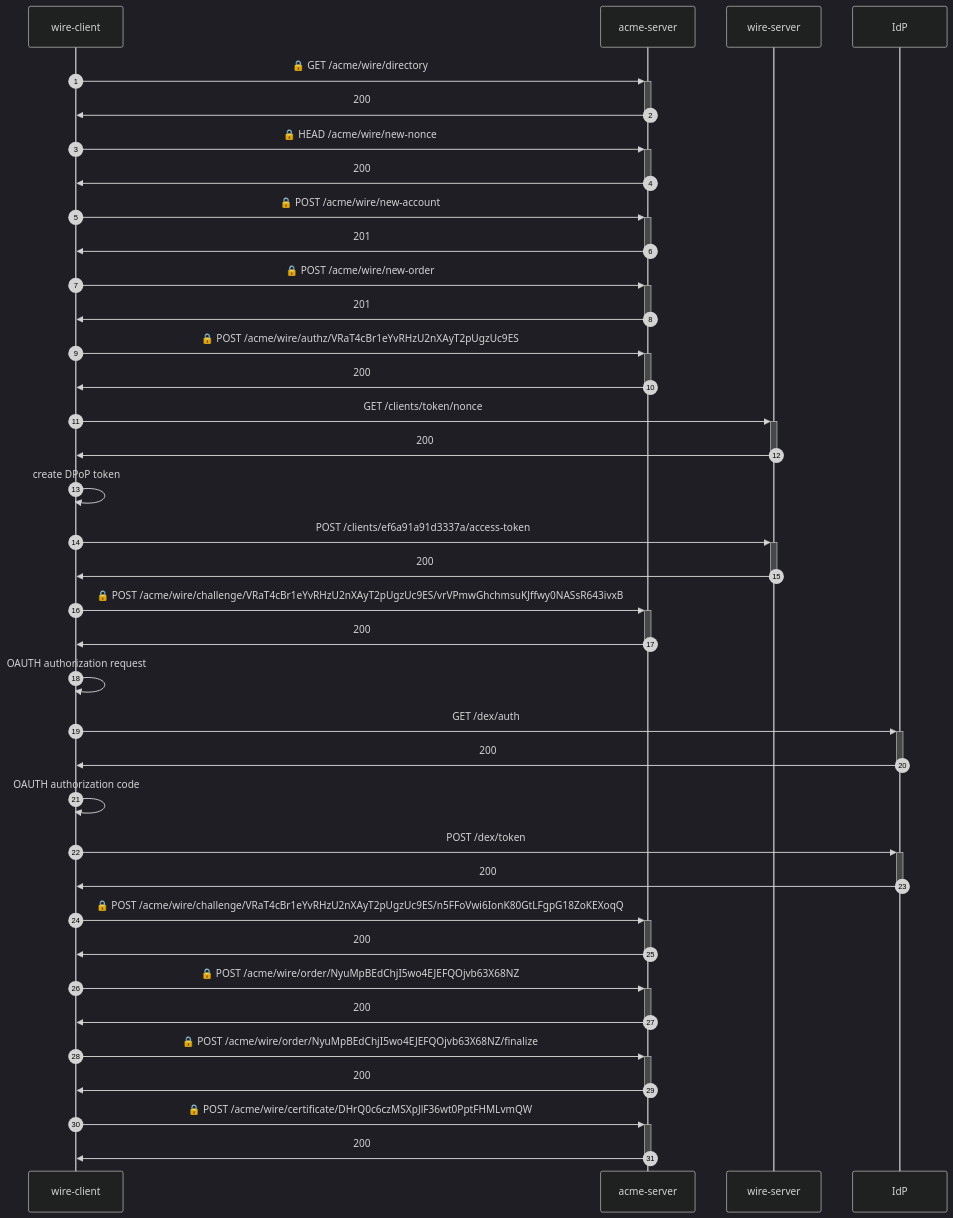
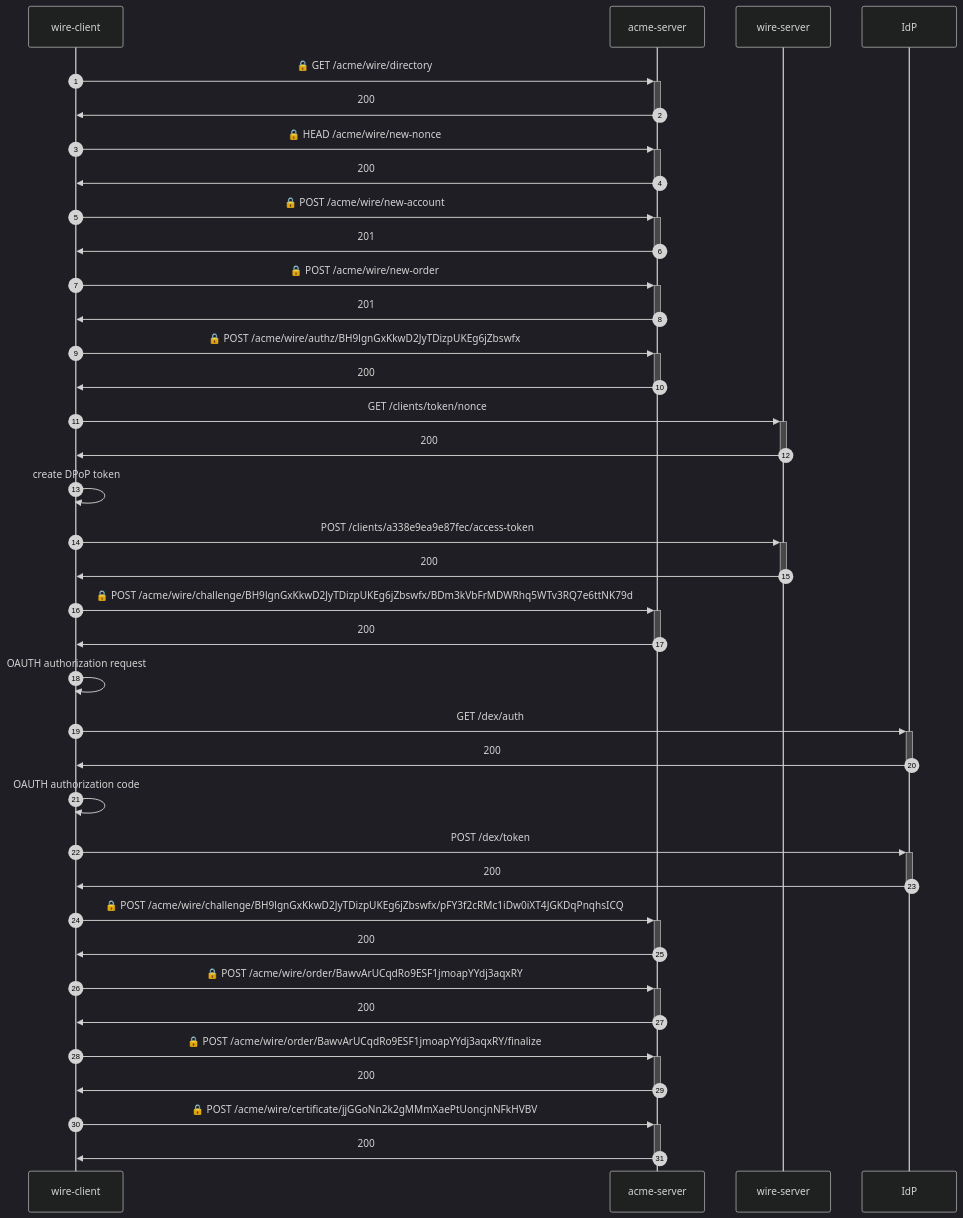
Before and after one commit to wireapp/rusty-jwt-tools: the diagram in e2e-identity/README.md, drawn with Mermaid (dark theme). The commit also changed other lines of this file and 5 other files, not shown here.

````diff
--- a/e2e-identity/README.md
+++ b/e2e-identity/README.md
@@ -3,35 +3,35 @@
 ```mermaid
 sequenceDiagram
     autonumber
     wire-client->>+acme-server: 🔒 GET /acme/wire/directory
     acme-server->>-wire-client: 200
     wire-client->>+acme-server: 🔒 HEAD /acme/wire/new-nonce
     acme-server->>-wire-client: 200
     wire-client->>+acme-server: 🔒 POST /acme/wire/new-account
     acme-server->>-wire-client: 201
     wire-client->>+acme-server: 🔒 POST /acme/wire/new-order
     acme-server->>-wire-client: 201
-    wire-client->>+acme-server: 🔒 POST /acme/wire/authz/VRaT4cBr1eYvRHzU2nXAyT2pUgzUc9ES
+    wire-client->>+acme-server: 🔒 POST /acme/wire/authz/BH9lgnGxKkwD2JyTDizpUKEg6jZbswfx
     acme-server->>-wire-client: 200
     wire-client->>+wire-server:  GET /clients/token/nonce
     wire-server->>-wire-client: 200
     wire-client->>wire-client: create DPoP token
-    wire-client->>+wire-server:  POST /clients/ef6a91a91d3337a/access-token
+    wire-client->>+wire-server:  POST /clients/a338e9ea9e87fec/access-token
     wire-server->>-wire-client: 200
-    wire-client->>+acme-server: 🔒 POST /acme/wire/challenge/VRaT4cBr1eYvRHzU2nXAyT2pUgzUc9ES/vrVPmwGhchmsuKJffwy0NASsR643ivxB
+    wire-client->>+acme-server: 🔒 POST /acme/wire/challenge/BH9lgnGxKkwD2JyTDizpUKEg6jZbswfx/BDm3kVbFrMDWRhq5WTv3RQ7e6ttNK79d
     acme-server->>-wire-client: 200
     wire-client->>wire-client: OAUTH authorization request
     wire-client->>+IdP:  GET /dex/auth
     IdP->>-wire-client: 200
     wire-client->>wire-client: OAUTH authorization code
     wire-client->>+IdP:  POST /dex/token
     IdP->>-wire-client: 200
-    wire-client->>+acme-server: 🔒 POST /acme/wire/challenge/VRaT4cBr1eYvRHzU2nXAyT2pUgzUc9ES/n5FFoVwi6IonK80GtLFgpG18ZoKEXoqQ
+    wire-client->>+acme-server: 🔒 POST /acme/wire/challenge/BH9lgnGxKkwD2JyTDizpUKEg6jZbswfx/pFY3f2cRMc1iDw0iXT4JGKDqPnqhsICQ
     acme-server->>-wire-client: 200
-    wire-client->>+acme-server: 🔒 POST /acme/wire/order/NyuMpBEdChjI5wo4EJEFQOjvb63X68NZ
+    wire-client->>+acme-server: 🔒 POST /acme/wire/order/BawvArUCqdRo9ESF1jmoapYYdj3aqxRY
     acme-server->>-wire-client: 200
-    wire-client->>+acme-server: 🔒 POST /acme/wire/order/NyuMpBEdChjI5wo4EJEFQOjvb63X68NZ/finalize
+    wire-client->>+acme-server: 🔒 POST /acme/wire/order/BawvArUCqdRo9ESF1jmoapYYdj3aqxRY/finalize
     acme-server->>-wire-client: 200
-    wire-client->>+acme-server: 🔒 POST /acme/wire/certificate/DHrQ0c6czMSXpJlF36wt0PptFHMLvmQW
+    wire-client->>+acme-server: 🔒 POST /acme/wire/certificate/jjGGoNn2k2gMMmXaePtUoncjnNFkHVBV
     acme-server->>-wire-client: 200
 ```
````
